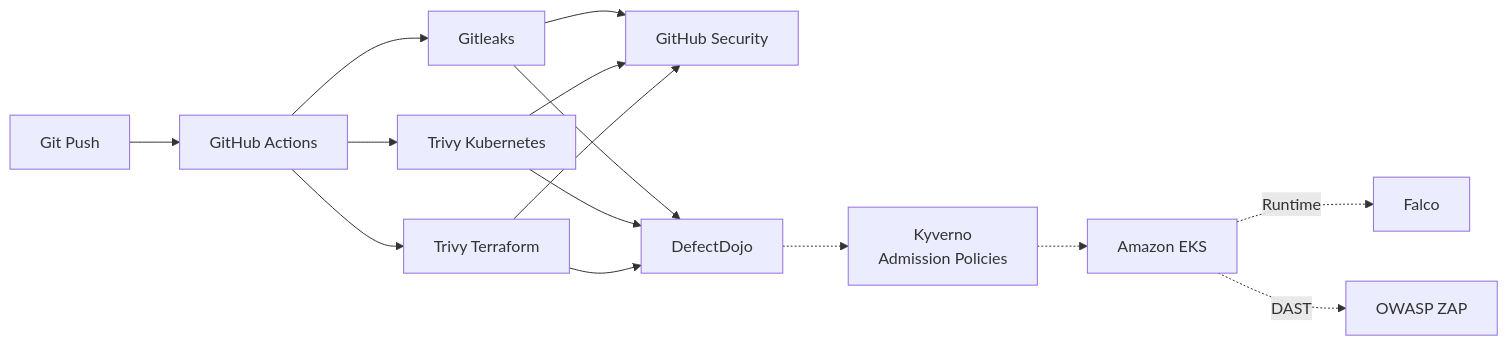
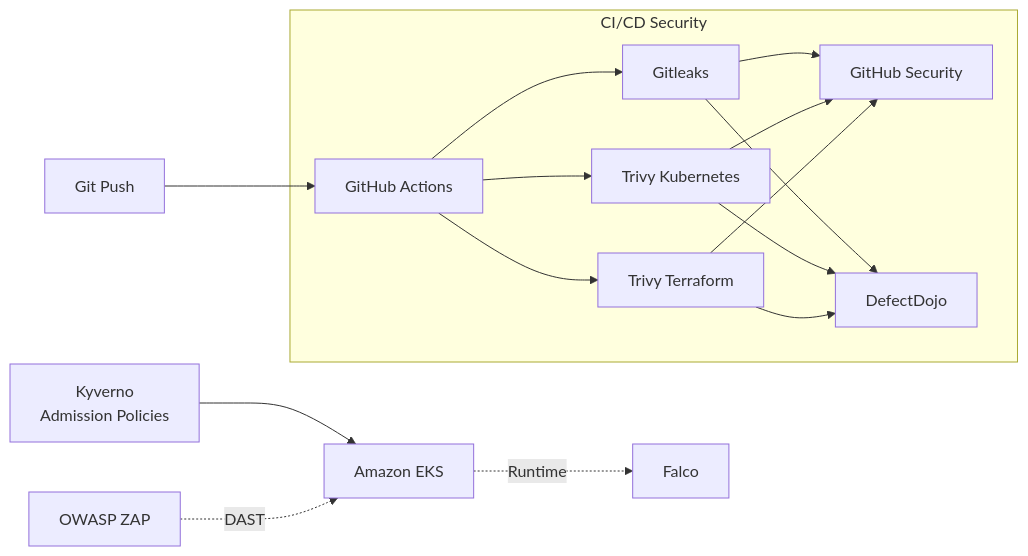
The third of 3 diagrams in README.md (sagarkpanda/otel-labs-platform), drawn with Mermaid before and after one commit. The commit also changed 2 other files, not shown here.

Commit message:
chore: update readme mermaid and paths ignore

````diff
--- a/README.md
+++ b/README.md
@@ -318,26 +318,28 @@
 ```mermaid
 flowchart LR
 
     A["Git Push"]
-    A --> B["GitHub Actions"]
+    --> B["GitHub Actions"]
 
-    B --> C["Gitleaks"]
-    B --> D["Trivy Kubernetes"]
-    B --> E["Trivy Terraform"]
+    subgraph CI["CI/CD Security"]
 
-    C --> F["GitHub Security"]
-    D --> F
-    E --> F
+        B --> C["Gitleaks"]
+        B --> D["Trivy Kubernetes"]
+        B --> E["Trivy Terraform"]
 
-    C --> G["DefectDojo"]
-    D --> G
-    E --> G
+        C --> F["GitHub Security"]
+        D --> F
+        E --> F
 
-    G -.-> H["Kyverno<br/>Admission Policies"]
+        C --> G["DefectDojo"]
+        D --> G
+        E --> G
 
-    H -.-> I["Amazon EKS"]
+    end
+
+    H["Kyverno<br/>Admission Policies"]
+    --> I["Amazon EKS"]
 
     I -. Runtime .-> J["Falco"]
-
-    I -. DAST .-> K["OWASP ZAP"]
+    K["OWASP ZAP"] -. DAST .-> I
 ```
````
